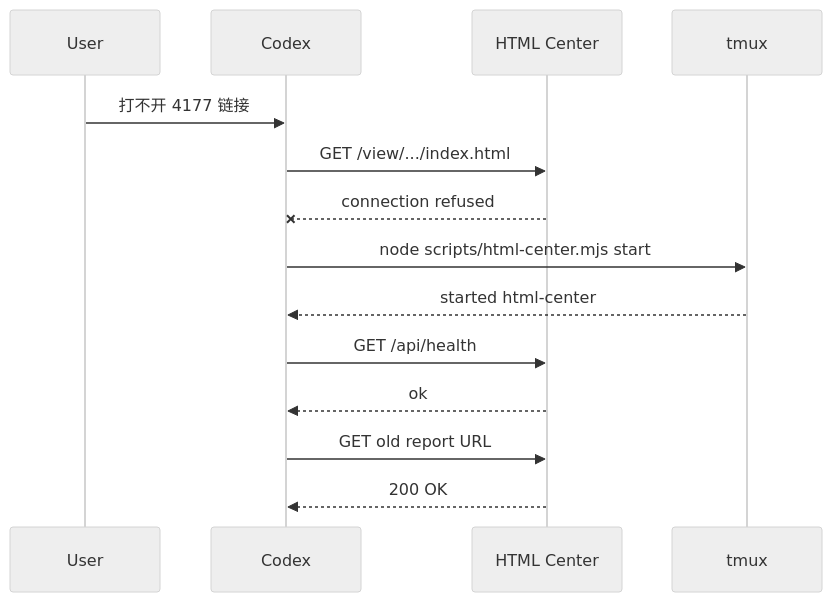
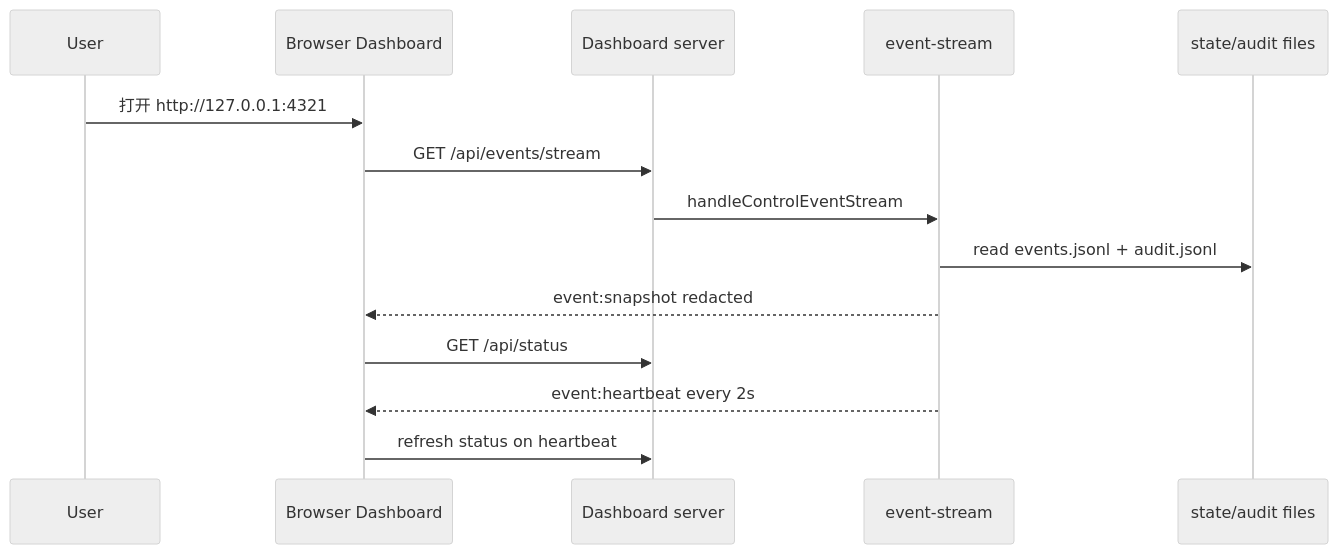
One commit to mayf3/myclaw changed the sixth of 10 diagrams in docs/implementation-architecture.md. Above: the diagram before and after it, drawn with Mermaid (neutral theme). The commit also changed other lines of this file and 28 other files, not shown here.

Commit message:
feat: add gateway event stream scoped tokens

````diff
--- a/docs/implementation-architecture.md
+++ b/docs/implementation-architecture.md
@@ -184,17 +182,17 @@
 ```mermaid
 sequenceDiagram
   participant U as User
-  participant C as Codex
-  participant H as HTML Center
-  participant T as tmux
+  participant B as Browser Dashboard
+  participant D as Dashboard server
+  participant S as event-stream
+  participant F as state/audit files
 
-  U->>C: 打不开 4177 链接
-  C->>H: GET /view/.../index.html
-  H--xC: connection refused
-  C->>T: node scripts/html-center.mjs start
-  T-->>C: started html-center
-  C->>H: GET /api/health
-  H-->>C: ok
-  C->>H: GET old report URL
-  H-->>C: 200 OK
+  U->>B: 打开 http://127.0.0.1:4321
+  B->>D: GET /api/events/stream
+  D->>S: handleControlEventStream
+  S->>F: read events.jsonl + audit.jsonl
+  S-->>B: event:snapshot redacted
+  B->>D: GET /api/status
+  S-->>B: event:heartbeat every 2s
+  B->>D: refresh status on heartbeat
 ```
````
